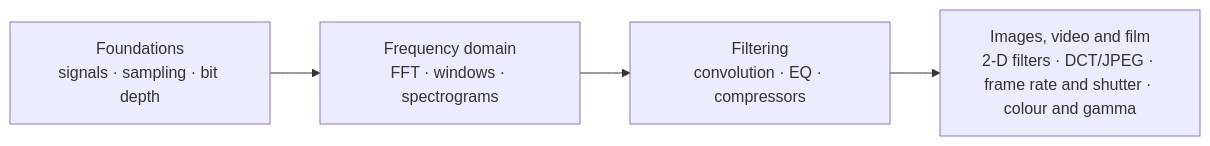
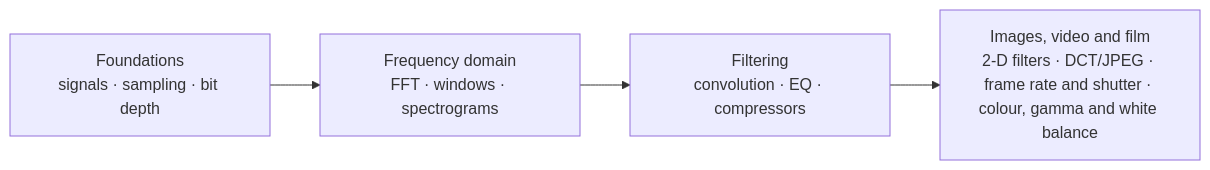
Before and after one commit to amalmehta/SignalProcessingPrimer: the diagram in README.md, drawn with Mermaid. The commit also changed other lines of this file and 16 other files, not shown here.

First line of the commit message:
Add a white balance demo to Lesson 13

````diff
--- a/README.md
+++ b/README.md
@@ -19,6 +19,6 @@
 ```mermaid
 flowchart LR
     A["Foundations<br/>signals · sampling · bit depth"] --> B["Frequency domain<br/>FFT · windows · spectrograms"]
     B --> C["Filtering<br/>convolution · EQ · compressors"]
-    C --> D["Images, video and film<br/>2-D filters · DCT/JPEG · frame rate and shutter · colour and gamma"]
+    C --> D["Images, video and film<br/>2-D filters · DCT/JPEG · frame rate and shutter · colour, gamma and white balance"]
 ```
````
